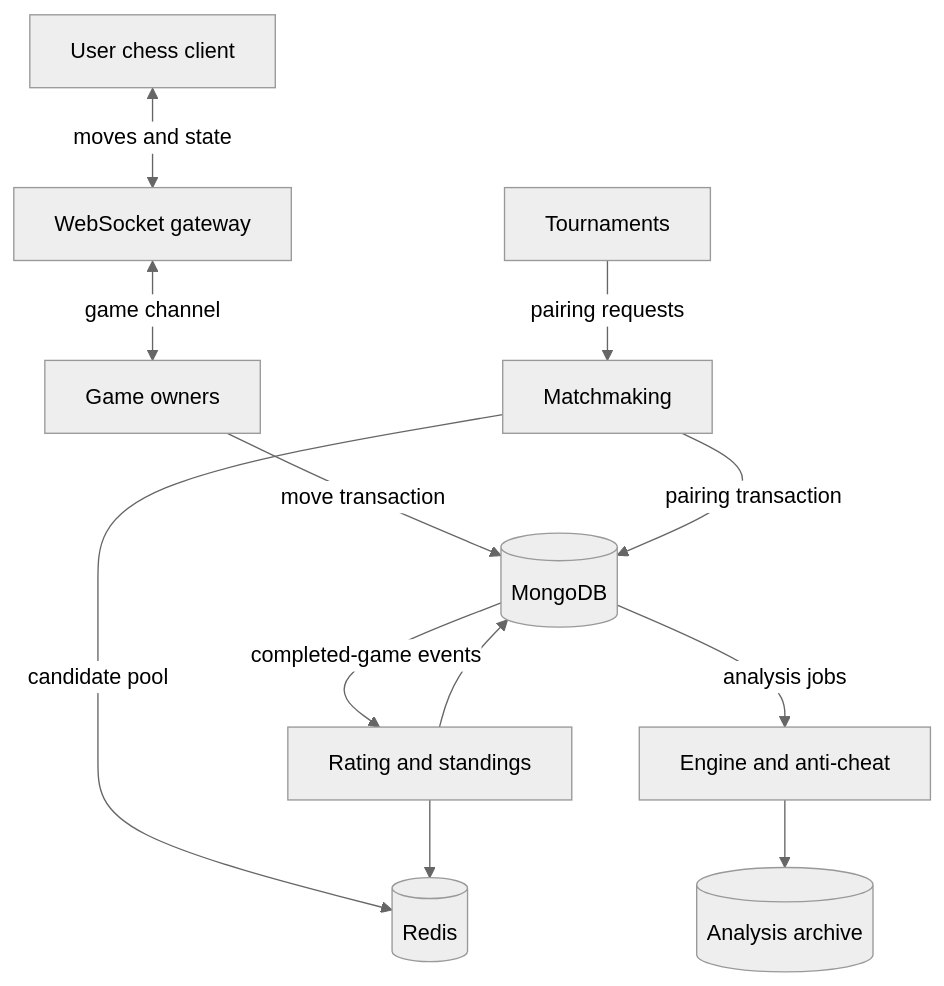
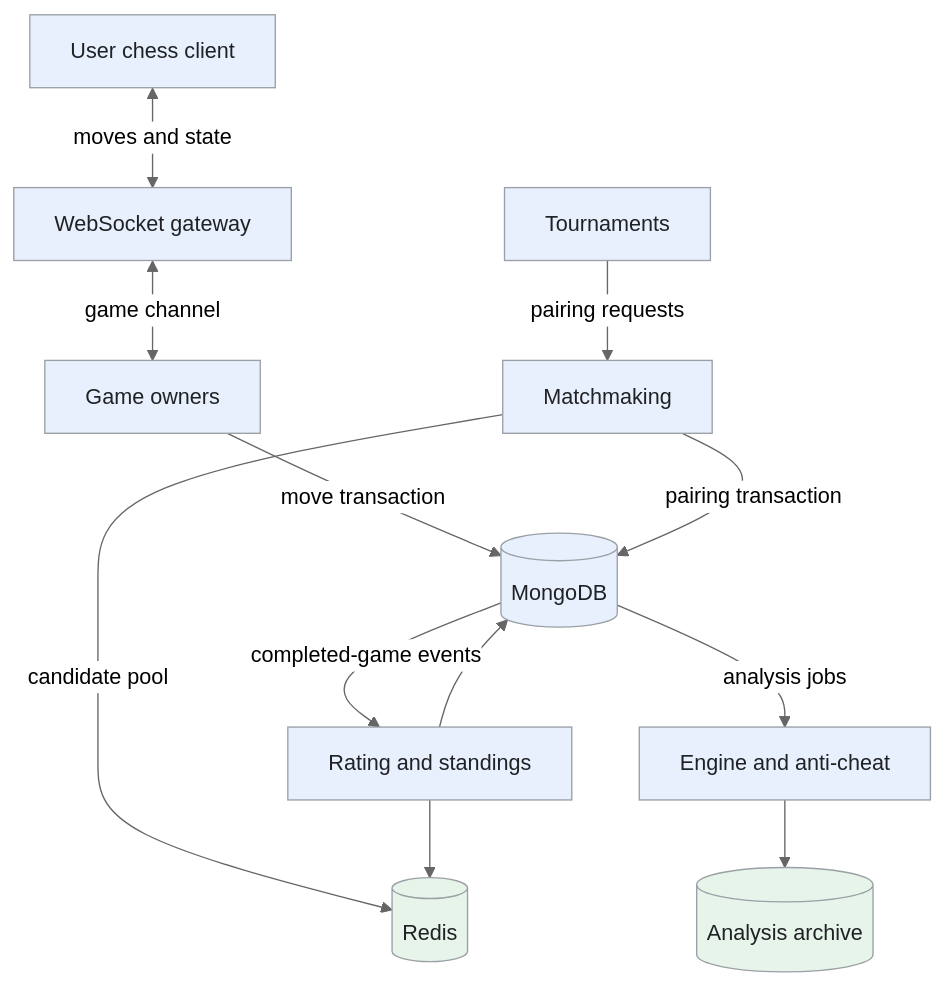
One commit to iliazlobin/iliazlobin.github.io changed the first of 4 diagrams in _designs/system-design-online-chess.md. Above: the diagram before and after it, drawn with Mermaid (neutral theme). The commit also changed other lines of this file and 20 other files, not shown here.

Commit message:
Improve design flows, tradeoffs, and technology references

````diff
--- a/_designs/system-design-online-chess.md
+++ b/_designs/system-design-online-chess.md
@@ -152,14 +152,19 @@
 ```mermaid
 flowchart TB
   U[User chess client] <-->|moves and state| G[WebSocket gateway]
   G <-->|game channel| S[Game owners]
   S -->|move transaction| DB[(MongoDB)]
   M[Matchmaking] -->|candidate pool| R[(Redis)]
   M -->|pairing transaction| DB
   T[Tournaments] -->|pairing requests| M
   DB -->|completed-game events| W[Rating and standings]
   W --> DB
   W --> R
   DB -->|analysis jobs| A[Engine and anti-cheat]
   A --> O[(Analysis archive)]
+  classDef request fill:#e8f0fe,stroke:#9aa0a6,color:#202124,stroke-width:1px
+  classDef background fill:#e6f4ea,stroke:#9aa0a6,color:#202124,stroke-width:1px
+  classDef control fill:#fef7e0,stroke:#9aa0a6,color:#202124,stroke-width:1px
+  class U,G,S,DB,M,T,W,A request
+  class R,O background
 ```
````
